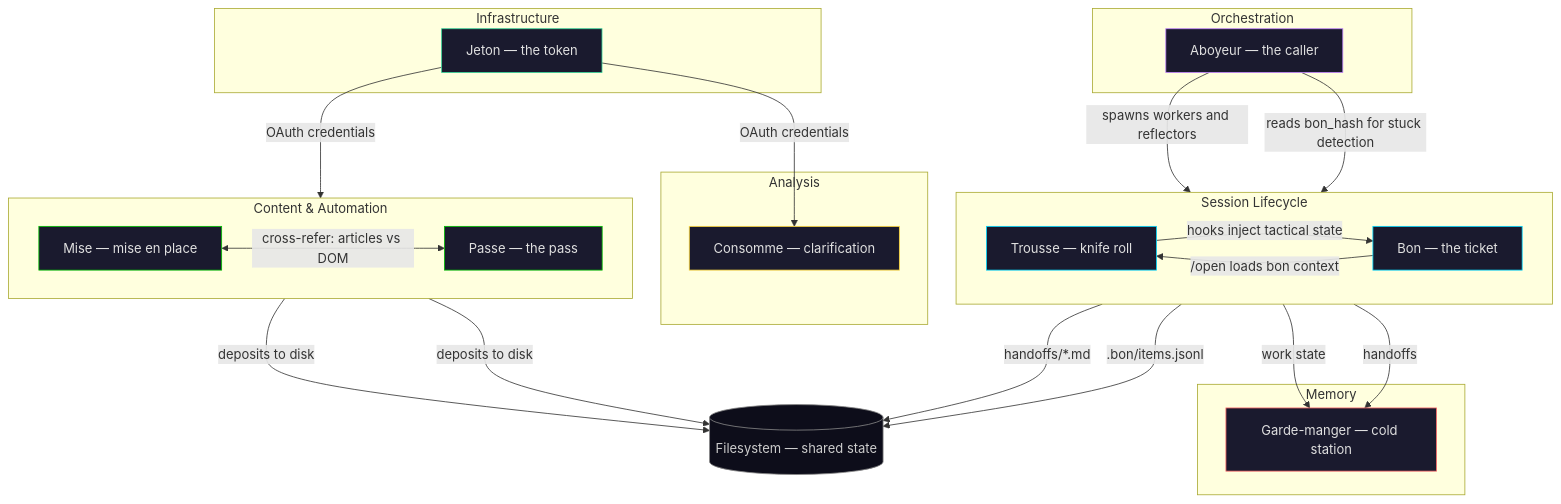
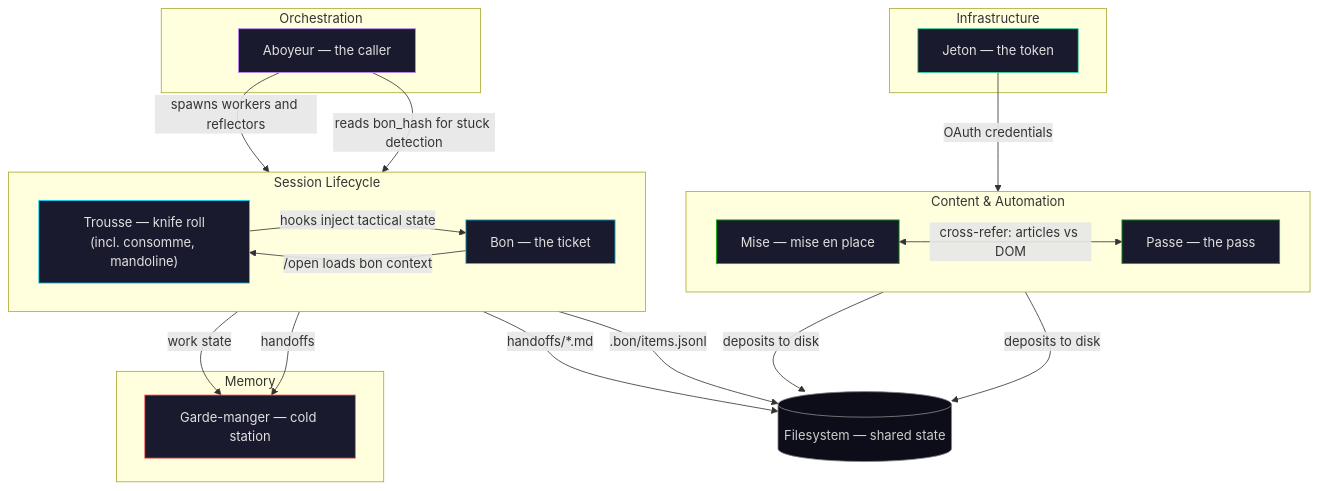
Before and after one commit to spm1001/batterie-de-savoir: the diagram in docs/assets/brigade.mmd, drawn with Mermaid. The commit also changed 11 other files, not shown here.

```diff
--- a/docs/assets/brigade.mmd
+++ b/docs/assets/brigade.mmd
@@ -1,58 +1,51 @@
 flowchart TB
     subgraph session["Session Lifecycle"]
         direction LR
-        trousse["Trousse — knife roll"]
+        trousse["Trousse — knife roll\n(incl. consomme, mandoline)"]
         bon["Bon — the ticket"]
         trousse -->|"hooks inject tactical state"| bon
         bon -->|"/open loads bon context"| trousse
     end
 
     subgraph auth["Infrastructure"]
         jeton["Jeton — the token"]
     end
 
     subgraph content["Content & Automation"]
         direction LR
         mise["Mise — mise en place"]
         passe["Passe — the pass"]
         mise <-->|"cross-refer: articles vs DOM"| passe
     end
 
     subgraph memory["Memory"]
         garde["Garde-manger — cold station"]
     end
 
-    subgraph analysis["Analysis"]
-        consomme["Consomme — clarification"]
-    end
-
     subgraph orchestration["Orchestration"]
         aboyeur["Aboyeur — the caller"]
     end
 
     trousse -->|"handoffs"| garde
     bon -->|"work state"| garde
     aboyeur -->|"spawns workers and reflectors"| session
     aboyeur -->|"reads bon_hash for stuck detection"| bon
     jeton -->|"OAuth credentials"| mise
-    jeton -->|"OAuth credentials"| consomme
     mise -->|"deposits to disk"| fs[("Filesystem — shared state")]
     passe -->|"deposits to disk"| fs
     bon -->|".bon/items.jsonl"| fs
     trousse -->|"handoffs/*.md"| fs
 
     classDef sessionNode fill:#1a1a2e,stroke:#00d9ff,color:#e0e0e0
     classDef contentNode fill:#1a1a2e,stroke:#00c000,color:#e0e0e0
     classDef memoryNode fill:#1a1a2e,stroke:#ff6b6b,color:#e0e0e0
-    classDef analysisNode fill:#1a1a2e,stroke:#ffd93d,color:#e0e0e0
     classDef orchNode fill:#1a1a2e,stroke:#c084fc,color:#e0e0e0
     classDef authNode fill:#1a1a2e,stroke:#34d399,color:#e0e0e0
     classDef fsNode fill:#0d0d1a,stroke:#888,color:#ccc
 
     class trousse,bon sessionNode
     class mise,passe contentNode
     class garde memoryNode
-    class consomme analysisNode
     class aboyeur orchNode
     class jeton authNode
     class fs fsNode
```
